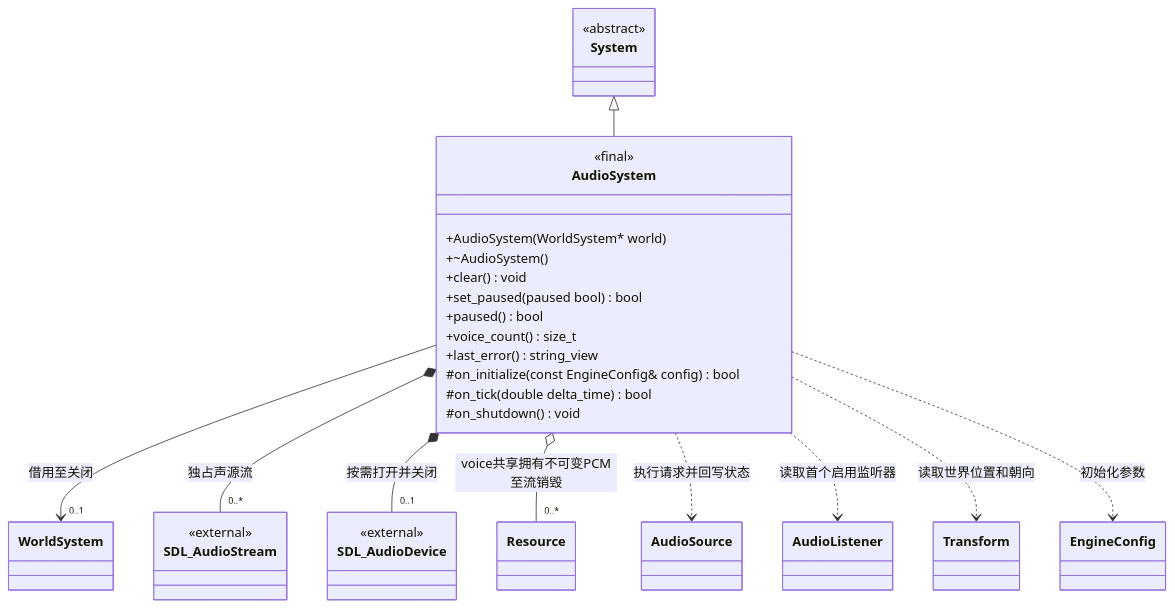
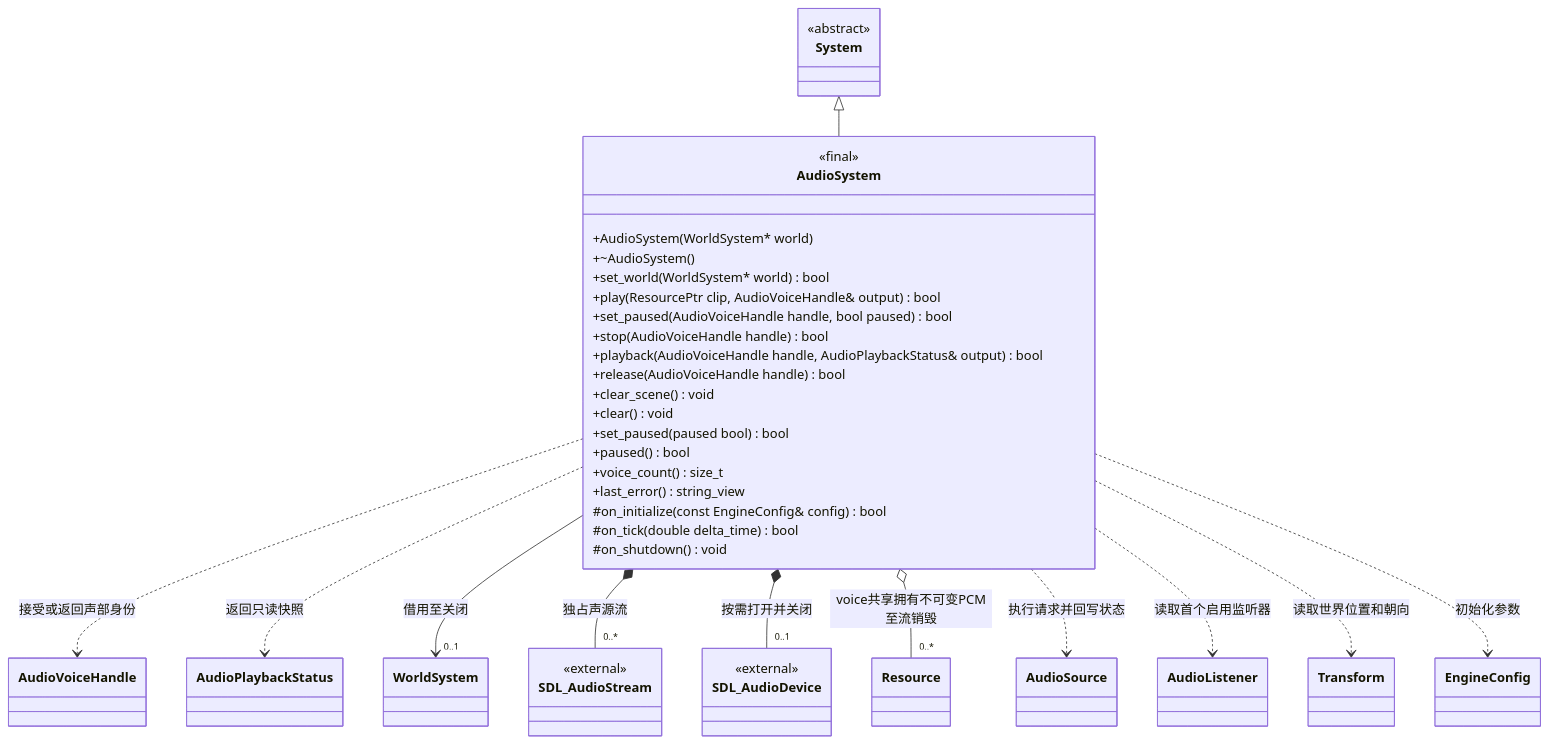
The diagram in docs/runtime/class-diagrams/audio-system.md (lcals/Engine), drawn with Mermaid before and after one commit. The commit also changed other lines of this file and 44 other files, not shown here.

````diff
--- a/docs/runtime/class-diagrams/audio-system.md
+++ b/docs/runtime/class-diagrams/audio-system.md
@@ -7,41 +7,52 @@
 ```mermaid
 classDiagram
     direction TB
     class AudioSystem {
         <<final>>
         +AudioSystem(WorldSystem#42; world)
         +~AudioSystem()
+        +set_world(WorldSystem#42; world) bool
+        +play(ResourcePtr clip, AudioVoiceHandle& output) bool
+        +set_paused(AudioVoiceHandle handle, bool paused) bool
+        +stop(AudioVoiceHandle handle) bool
+        +playback(AudioVoiceHandle handle, AudioPlaybackStatus& output) bool
+        +release(AudioVoiceHandle handle) bool
+        +clear_scene() void
         +clear() void
         +set_paused(paused bool) bool
         +paused() bool
         +voice_count() size_t
         +last_error() string_view
         #on_initialize(const EngineConfig& config) bool
         #on_tick(double delta_time) bool
         #on_shutdown() void
     }
     class System {
         <<abstract>>
     }
     class WorldSystem
+    class AudioVoiceHandle
+    class AudioPlaybackStatus
+    AudioSystem ..> AudioVoiceHandle : 接受或返回声部身份
+    AudioSystem ..> AudioPlaybackStatus : 返回只读快照
     class AudioSource
     class AudioListener
     class Transform
     class EngineConfig
     class Resource
     class SDL_AudioStream {
         <<external>>
     }
     class SDL_AudioDevice {
         <<external>>
     }
     System <|-- AudioSystem
     AudioSystem --> "0..1" WorldSystem : 借用至关闭
     AudioSystem *-- "0..*" SDL_AudioStream : 独占声源流
     AudioSystem *-- "0..1" SDL_AudioDevice : 按需打开并关闭
     AudioSystem o-- "0..*" Resource : voice共享拥有不可变PCM至流销毁
     AudioSystem ..> AudioSource : 执行请求并回写状态
     AudioSystem ..> AudioListener : 读取首个启用监听器
     AudioSystem ..> Transform : 读取世界位置和朝向
     AudioSystem ..> EngineConfig : 初始化参数
 ```
````
